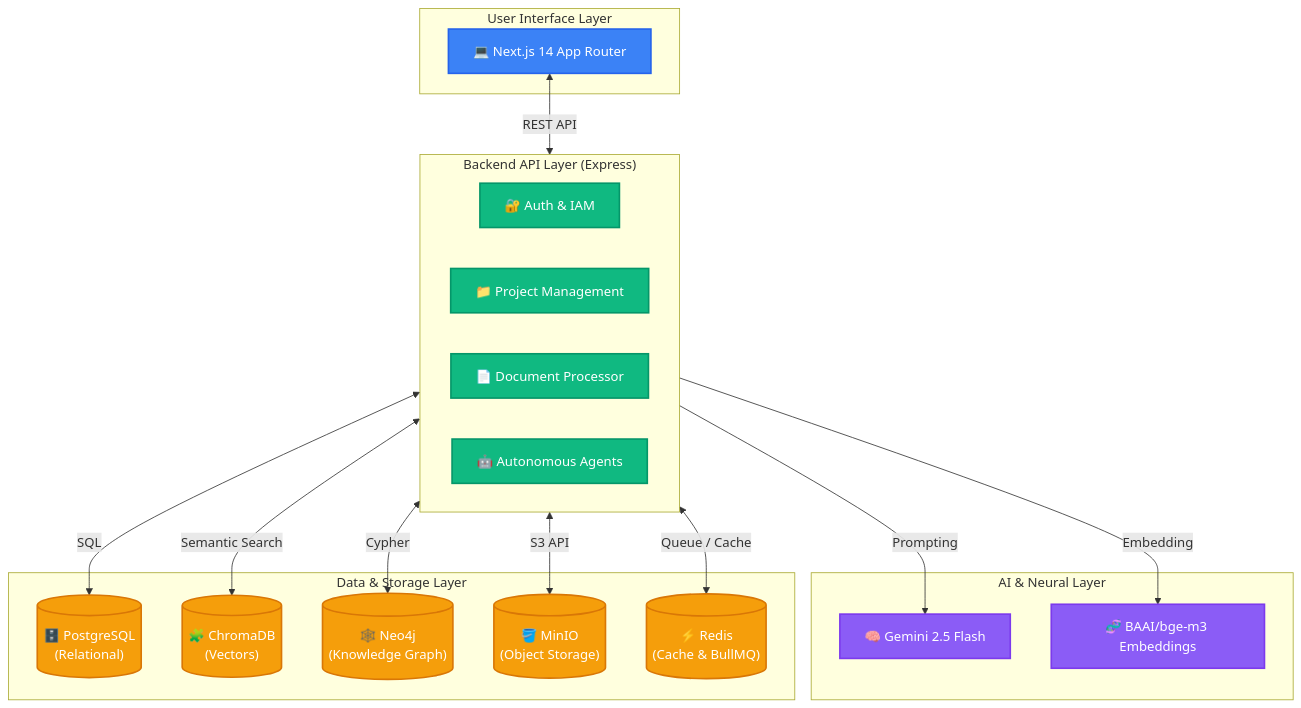
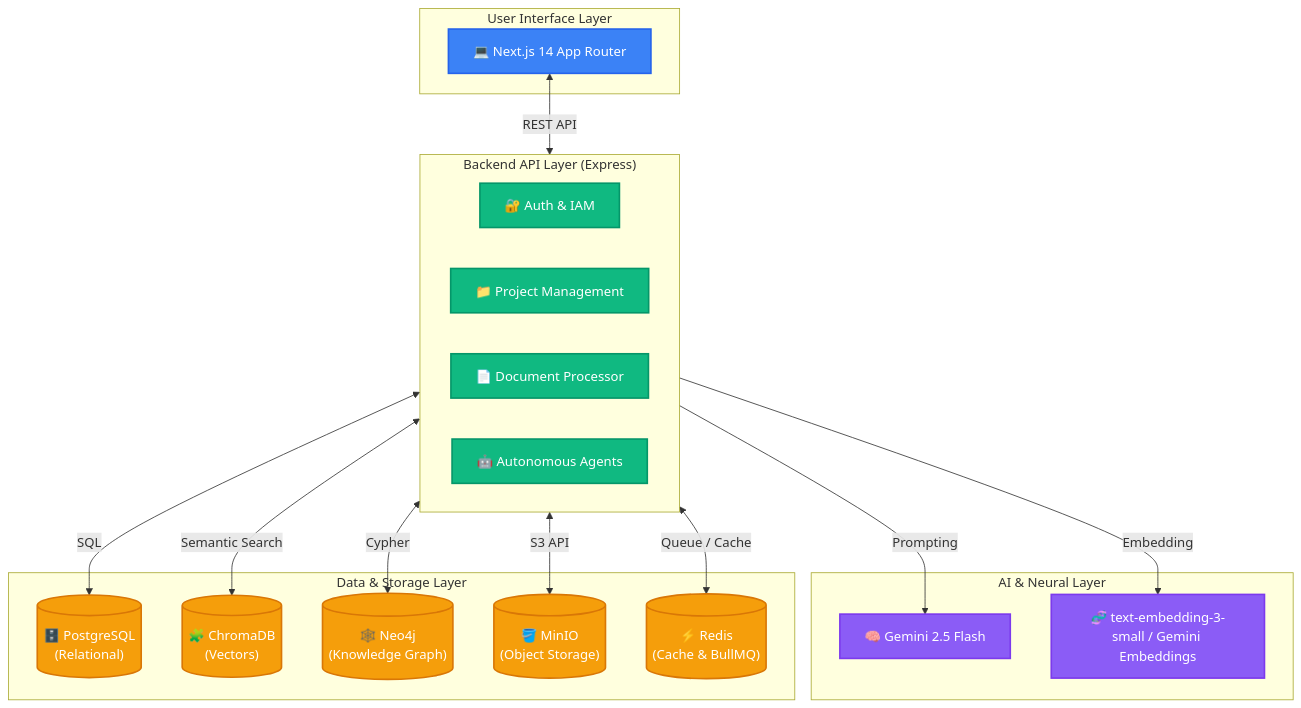
The diagram in README.md (suryanshvermaa/DCBrain), drawn with Mermaid before and after one commit. The commit also changed other lines of this file and 6 other files, not shown here.

````diff
--- a/README.md
+++ b/README.md
@@ -76,53 +76,53 @@
 ```mermaid
 graph TD
     %% Frontend Layer
     subgraph UI ["User Interface Layer"]
         NextJS["💻 Next.js 14 App Router"]
     end
 
     %% API Layer
     subgraph API ["Backend API Layer (Express)"]
         Auth["🔐 Auth & IAM"]
         Projects["📁 Project Management"]
         Docs["📄 Document Processor"]
         Agents["🤖 Autonomous Agents"]
     end
 
     %% AI Layer
     subgraph AI ["AI & Neural Layer"]
         Gemini["🧠 Gemini 2.5 Flash"]
-        Embeddings["🧬 BAAI/bge-m3 Embeddings"]
+        Embeddings["🧬 text-embedding-3-small / Gemini Embeddings"]
     end
 
     %% Data Layer
     subgraph Data ["Data & Storage Layer"]
         Postgres[("🗄️ PostgreSQL\n(Relational)")]
         Chroma[("🧩 ChromaDB\n(Vectors)")]
         Neo4j[("🕸️ Neo4j\n(Knowledge Graph)")]
         MinIO[("🪣 MinIO\n(Object Storage)")]
         Redis[("⚡ Redis\n(Cache & BullMQ)")]
     end
 
     %% Connections
     NextJS <-->|REST API| API
     
     API -->|Prompting| Gemini
     API -->|Embedding| Embeddings
     
     API <-->|SQL| Postgres
     API <-->|Semantic Search| Chroma
     API <-->|Cypher| Neo4j
     API <-->|S3 API| MinIO
     API <-->|Queue / Cache| Redis
     
     %% Styling
     classDef ui fill:#3b82f6,color:#fff,stroke:#2563eb,stroke-width:2px;
     classDef api fill:#10b981,color:#fff,stroke:#059669,stroke-width:2px;
     classDef ai fill:#8b5cf6,color:#fff,stroke:#7c3aed,stroke-width:2px;
     classDef data fill:#f59e0b,color:#fff,stroke:#d97706,stroke-width:2px;
     
     class NextJS ui;
     class Auth,Projects,Docs,Agents api;
     class Gemini,Embeddings ai;
     class Postgres,Chroma,Neo4j,MinIO,Redis data;
 ```
````
